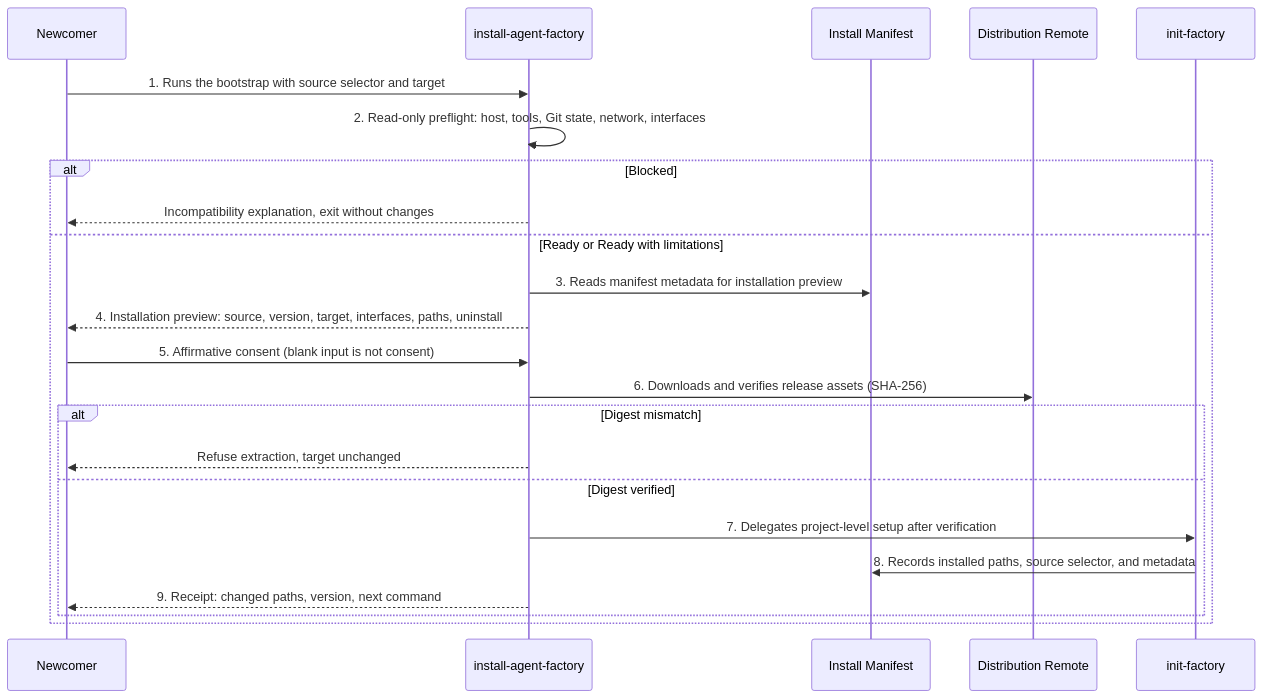
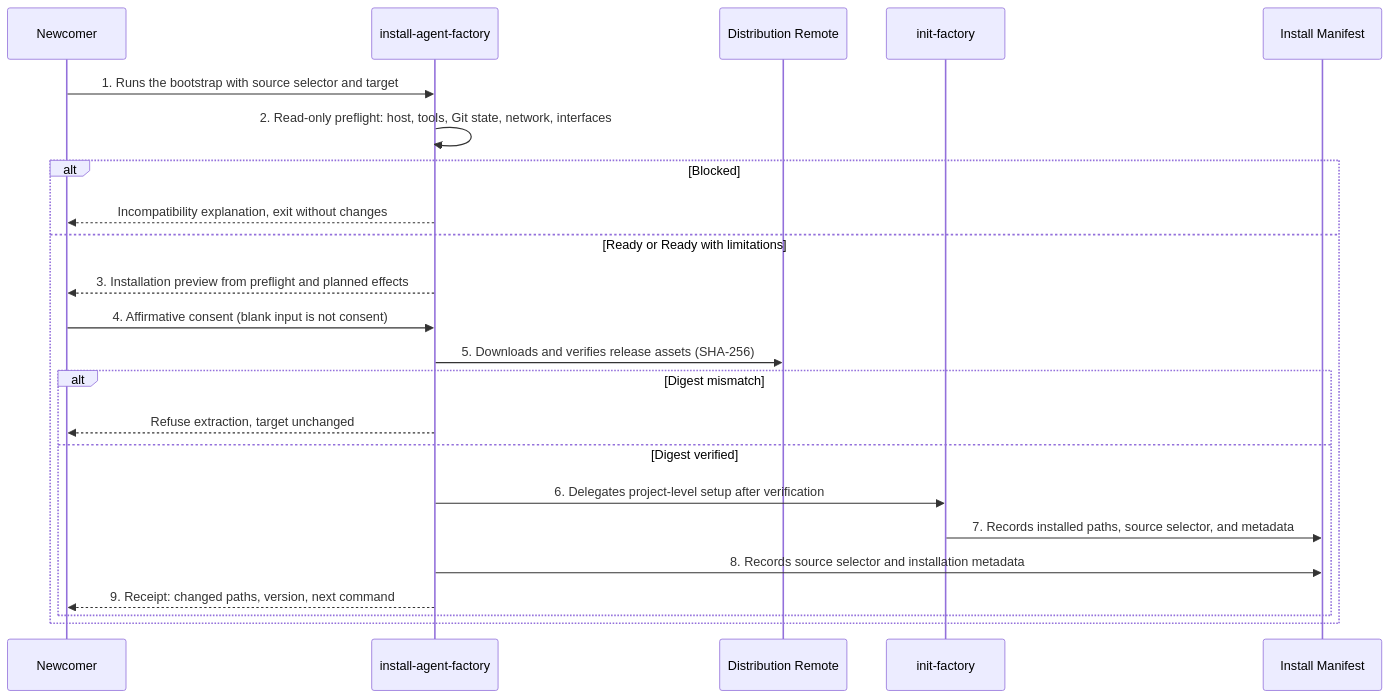
Diagram 13 of 17 in docs/arc42/06_runtime_view.md (matthiasdaues/agent_factory), drawn with Mermaid before and after one commit. The commit also changed other lines of this file and 32 other files, not shown here.

Commit message:
docs: finalize value-first onboarding architecture review

````diff
--- a/docs/arc42/06_runtime_view.md
+++ b/docs/arc42/06_runtime_view.md
@@ -361,26 +361,26 @@
 ```mermaid
 sequenceDiagram
     participant N as Newcomer
     participant B as install-agent-factory
-    participant IM as Install Manifest
     participant DR as Distribution Remote
     participant IF as init-factory
+    participant IM as Install Manifest
 
     N->>B: 1. Runs the bootstrap with source selector and target
     B->>B: 2. Read-only preflight: host, tools, Git state, network, interfaces
     alt Blocked
         B-->>N: Incompatibility explanation, exit without changes
     else Ready or Ready with limitations
-        B->>IM: 3. Reads manifest metadata for installation preview
-        B-->>N: 4. Installation preview: source, version, target, interfaces, paths, uninstall
-        N->>B: 5. Affirmative consent (blank input is not consent)
-        B->>DR: 6. Downloads and verifies release assets (SHA-256)
+        B-->>N: 3. Installation preview from preflight and planned effects
+        N->>B: 4. Affirmative consent (blank input is not consent)
+        B->>DR: 5. Downloads and verifies release assets (SHA-256)
         alt Digest mismatch
             B-->>N: Refuse extraction, target unchanged
         else Digest verified
-            B->>IF: 7. Delegates project-level setup after verification
-            IF->>IM: 8. Records installed paths, source selector, and metadata
+            B->>IF: 6. Delegates project-level setup after verification
+            IF->>IM: 7. Records installed paths, source selector, and metadata
+            B->>IM: 8. Records source selector and installation metadata
             B-->>N: 9. Receipt: changed paths, version, next command
         end
     end
 ```
````
